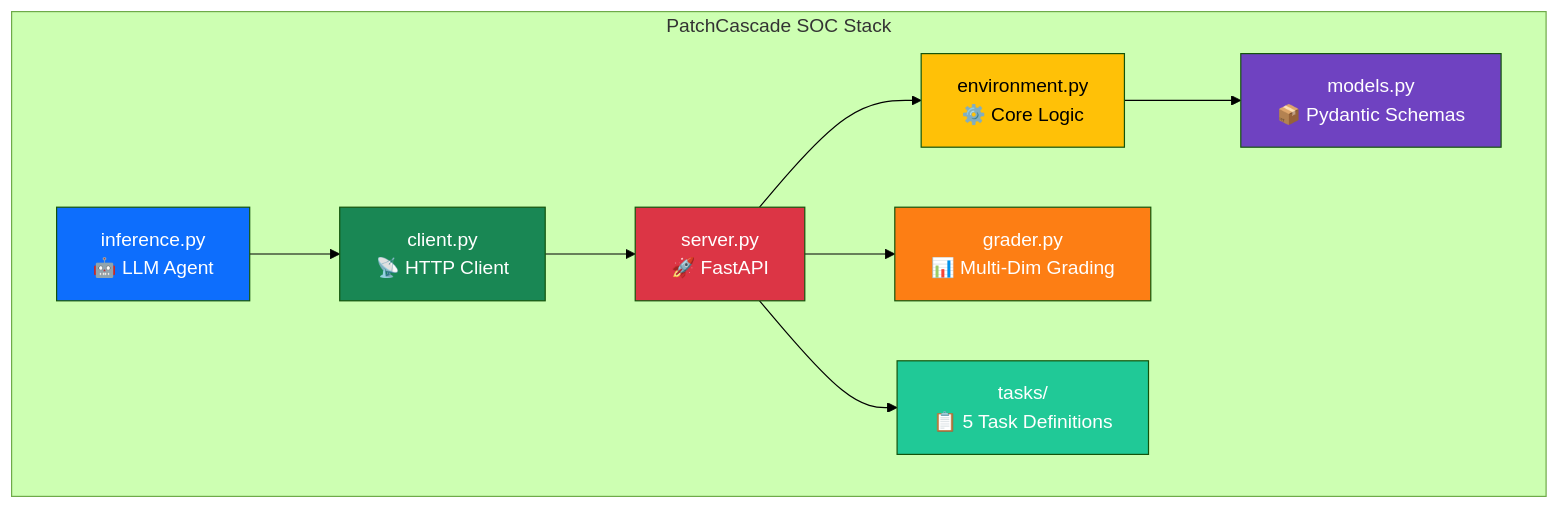
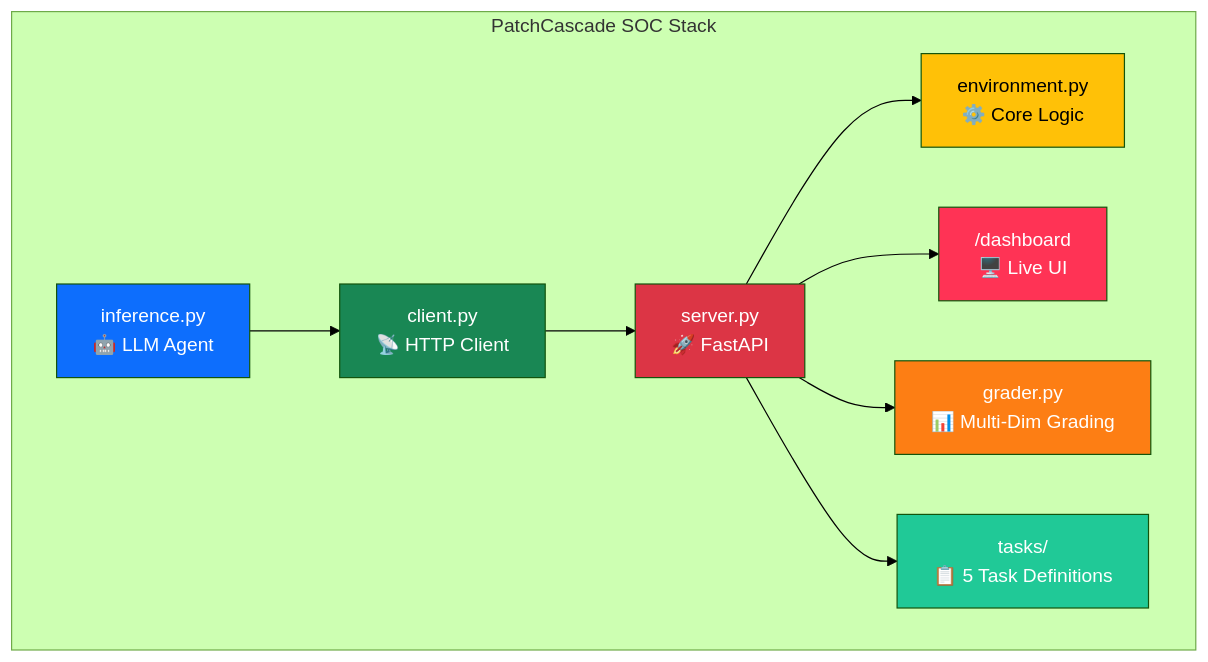
Before and after one commit to Ayush-Kumar0207/PatchCascade-SOC: the fourth of 4 diagrams in README.md, drawn with Mermaid (forest theme). The commit also changed other lines of this file and 1 other file, not shown here.

Commit message:
docs: add live dashboard documentation and update architecture diagrams in README and BEGINNERS_GUIDE

````diff
--- a/README.md
+++ b/README.md
@@ -357,19 +365,19 @@
 ```mermaid
 graph TB
     subgraph "PatchCascade SOC Stack"
         INF["inference.py<br>🤖 LLM Agent"] --> CLI["client.py<br>📡 HTTP Client"]
         CLI --> SRV["server.py<br>🚀 FastAPI"]
         SRV --> ENV["environment.py<br>⚙️ Core Logic"]
-        ENV --> MOD["models.py<br>📦 Pydantic Schemas"]
+        SRV --> DASH["/dashboard<br>🖥️ Live UI"]
         SRV --> GRD["grader.py<br>📊 Multi-Dim Grading"]
         SRV --> TSK["tasks/<br>📋 5 Task Definitions"]
     end
 
     style INF fill:#0d6efd,color:white
     style CLI fill:#198754,color:white
     style SRV fill:#dc3545,color:white
+    style DASH fill:#ff3355,color:white
     style ENV fill:#ffc107,color:black
-    style MOD fill:#6f42c1,color:white
     style GRD fill:#fd7e14,color:white
     style TSK fill:#20c997,color:white
 ```
````
